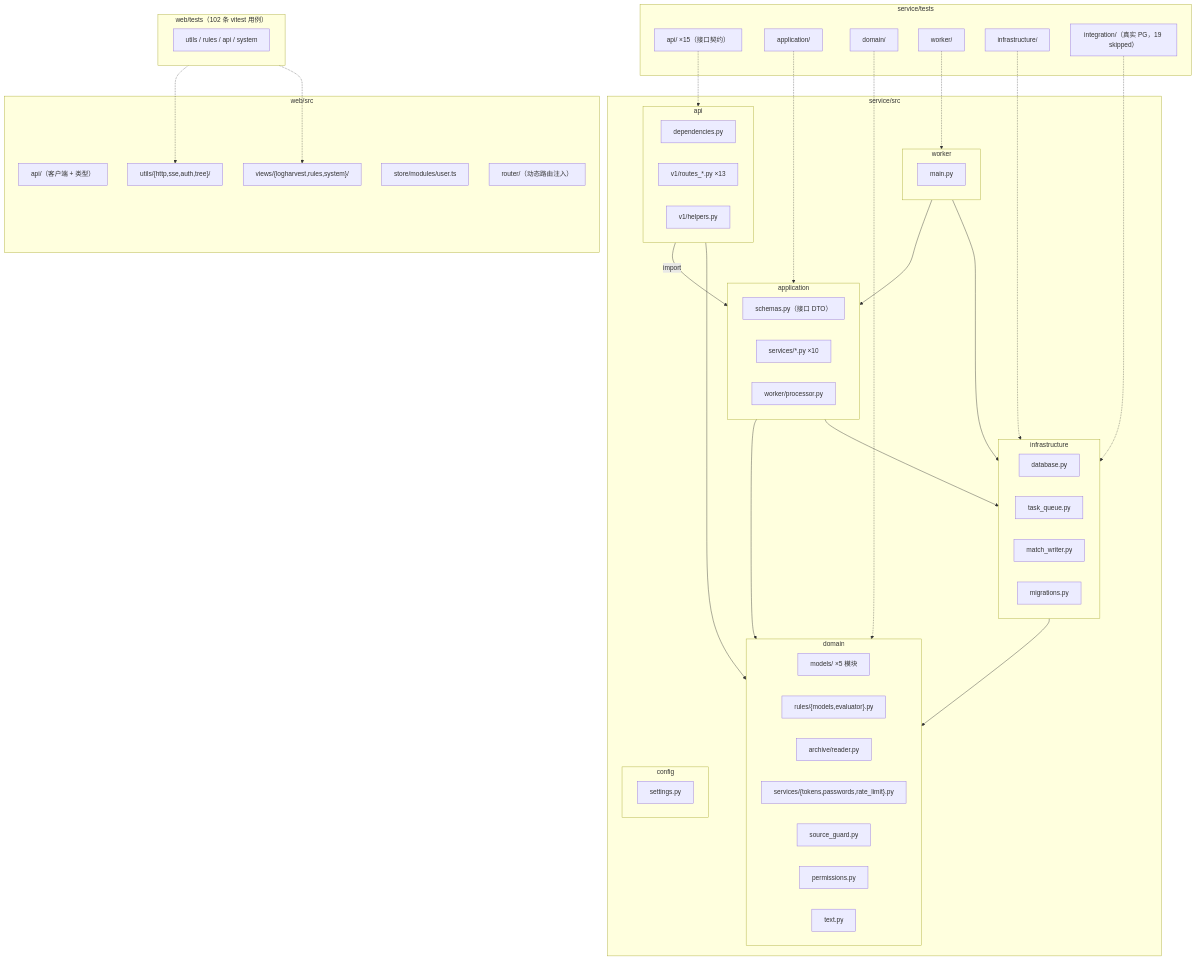
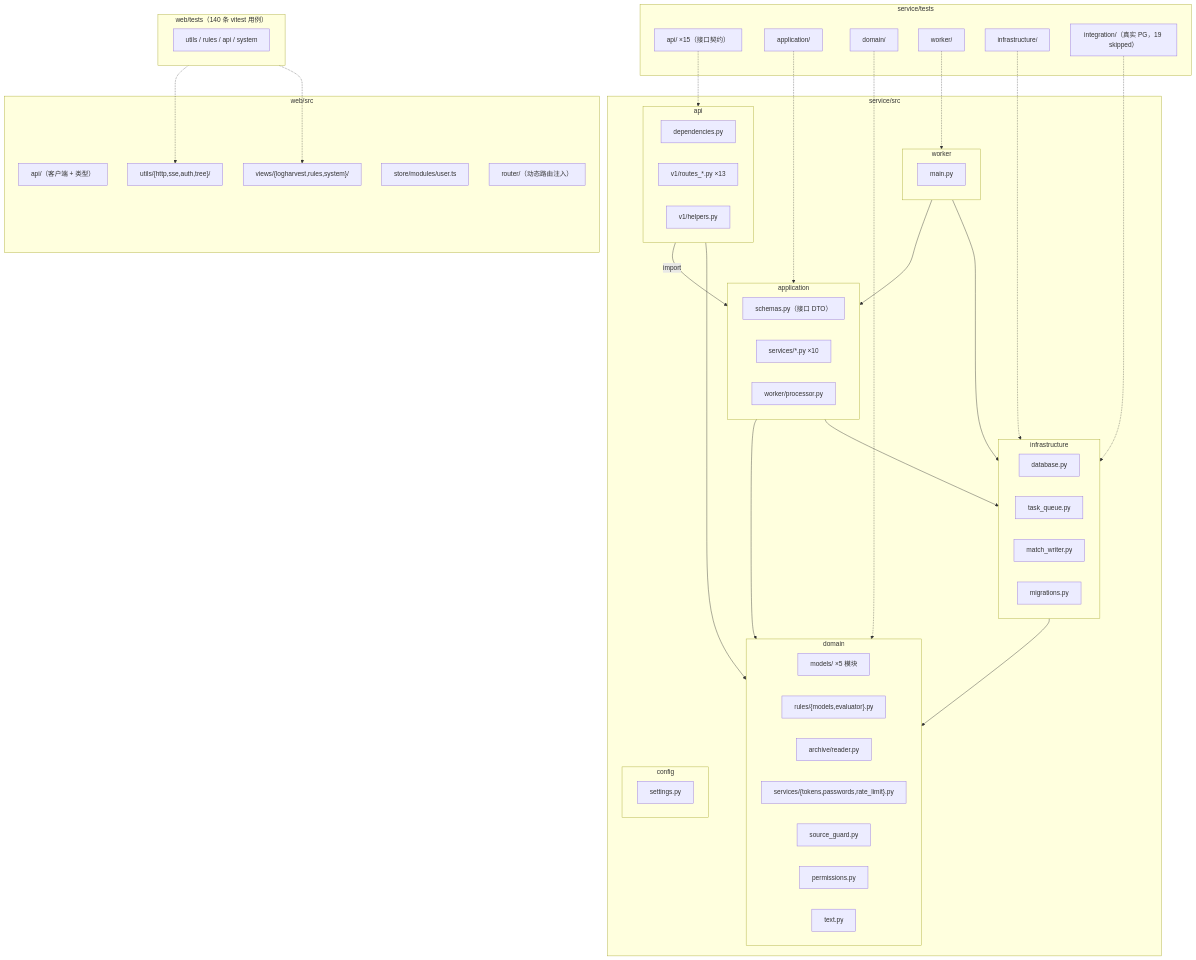
Before and after one commit to taoweidong/logharvest: the third of 7 diagrams in docs/architecture-4plus1.md, drawn with Mermaid. The commit also changed other lines of this file and 8 other files, not shown here.

````diff
--- a/docs/architecture-4plus1.md
+++ b/docs/architecture-4plus1.md
@@ -218,73 +218,73 @@
 ```mermaid
 flowchart TB
     subgraph SRC["service/src"]
         subgraph APIPKG["api"]
             apiDeps["dependencies.py"]
             apiRoutes["v1/routes_*.py ×13"]
             apiHelpers["v1/helpers.py"]
         end
         subgraph APPPKG["application"]
             appSchemas["schemas.py（接口 DTO）"]
             appServices["services/*.py ×10"]
             appProc["worker/processor.py"]
         end
         subgraph DOMPKG["domain"]
             domModels["models/ ×5 模块"]
             domRules["rules/{models,evaluator}.py"]
             domArchive["archive/reader.py"]
             domServices["services/{tokens,passwords,rate_limit}.py"]
             domGuard["source_guard.py"]
             domPerms["permissions.py"]
             domText["text.py"]
         end
         subgraph INFRA["infrastructure"]
             infraDB["database.py"]
             infraQueue["task_queue.py"]
             infraWriter["match_writer.py"]
             infraMigr["migrations.py"]
         end
         subgraph WKPKG["worker"]
             wkMain["main.py"]
         end
         subgraph CFG["config"]
             cfgSettings["settings.py"]
         end
     end
 
     subgraph STESTS["service/tests"]
         tApi["api/ ×15（接口契约）"]
         tApp["application/"]
         tDomain["domain/"]
         tWorker["worker/"]
         tInfra["infrastructure/"]
         tInteg["integration/（真实 PG，19 skipped）"]
     end
 
     subgraph WSRC["web/src"]
         wApi["api/（客户端 + 类型）"]
         wViews["views/{logharvest,rules,system}/"]
         wUtils["utils/{http,sse,auth,tree}/"]
         wStore["store/modules/user.ts"]
         wRouter["router/（动态路由注入）"]
     end
 
-    subgraph WTESTS["web/tests（102 条 vitest 用例）"]
+    subgraph WTESTS["web/tests（140 条 vitest 用例）"]
         wTests["utils / rules / api / system"]
     end
 
     APIPKG -->|"import"| APPPKG
     APPPKG --> DOMPKG
     WKPKG --> APPPKG
     APIPKG --> DOMPKG
     APPPKG --> INFRA
     WKPKG --> INFRA
     INFRA --> DOMPKG
     tApi -.-> APIPKG
     tApp -.-> APPPKG
     tDomain -.-> DOMPKG
     tWorker -.-> WKPKG
     tInfra -.-> INFRA
     tInteg -.-> INFRA
     WTESTS -.-> wUtils
     WTESTS -.-> wViews
 ```
````
